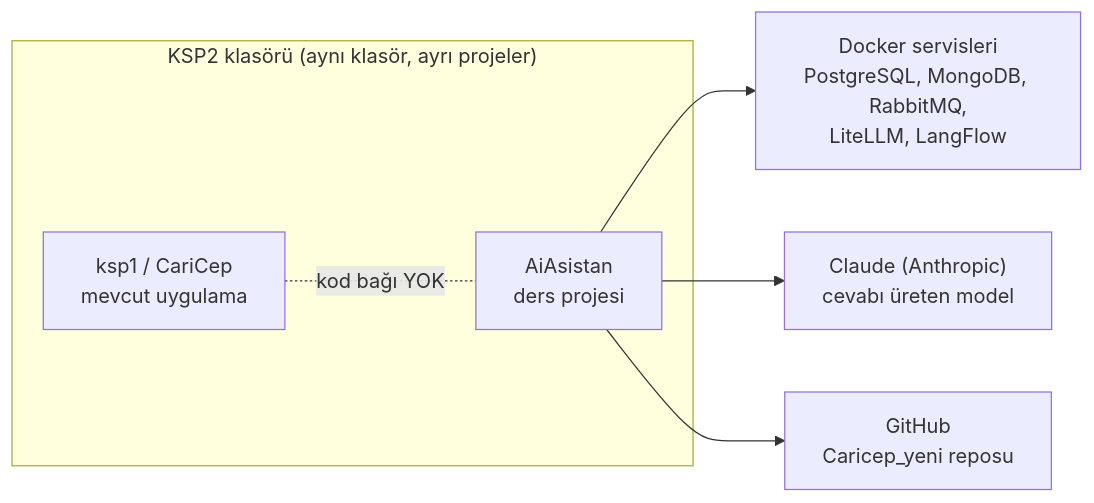
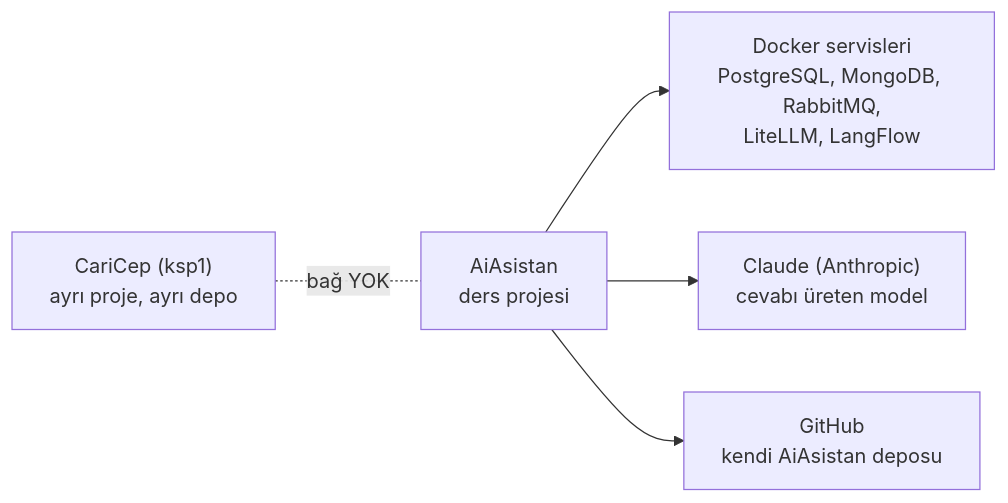
One commit to EKasap-softaware/AiAsistan changed the first of 5 diagrams in docs/07-tasarim-ve-mimari.md. Above: the diagram before and after it, drawn with Mermaid. The commit also changed other lines of this file and 2 other files, not shown here.

Commit message:
docs: AiAsistan'ın bağımsız bir proje olduğunu belirt, yolları güncelle
Proje KSP2 klasöründen çıkarılıp kendi klasörüne taşındı. CLAUDE.md, komut
rehberi ve tasarım dokümanı (bölüm 2) CariCep ile bağ olmadığını ve yeni yolu
yansıtacak şekilde güncellendi.

````diff
--- a/docs/07-tasarim-ve-mimari.md
+++ b/docs/07-tasarim-ve-mimari.md
@@ -15,12 +15,10 @@
 ```mermaid
 flowchart LR
-    subgraph KSP2["KSP2 klasörü (aynı klasör, ayrı projeler)"]
-        CARI["ksp1 / CariCep<br/>mevcut uygulama"]
-        AI["AiAsistan<br/>ders projesi"]
-    end
-    CARI -. "kod bağı YOK" .- AI
+    CARI["CariCep (ksp1)<br/>ayrı proje, ayrı depo"]
+    AI["AiAsistan<br/>ders projesi"]
+    CARI -. "bağ YOK" .- AI
 
     AI --> DOCKER["Docker servisleri<br/>PostgreSQL, MongoDB, RabbitMQ,<br/>LiteLLM, LangFlow"]
     AI --> CLAUDE["Claude (Anthropic)<br/>cevabı üreten model"]
-    AI --> GH["GitHub<br/>Caricep_yeni reposu"]
+    AI --> GH["GitHub<br/>kendi AiAsistan deposu"]
 ```
````
